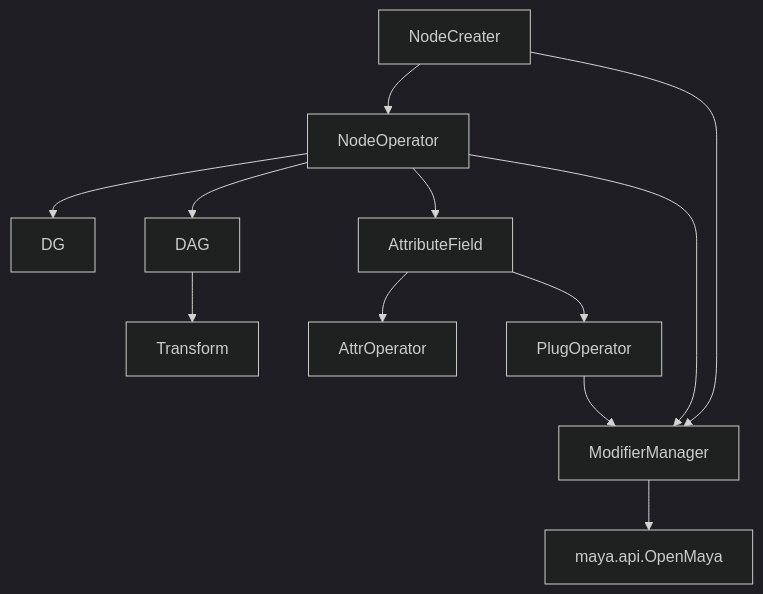
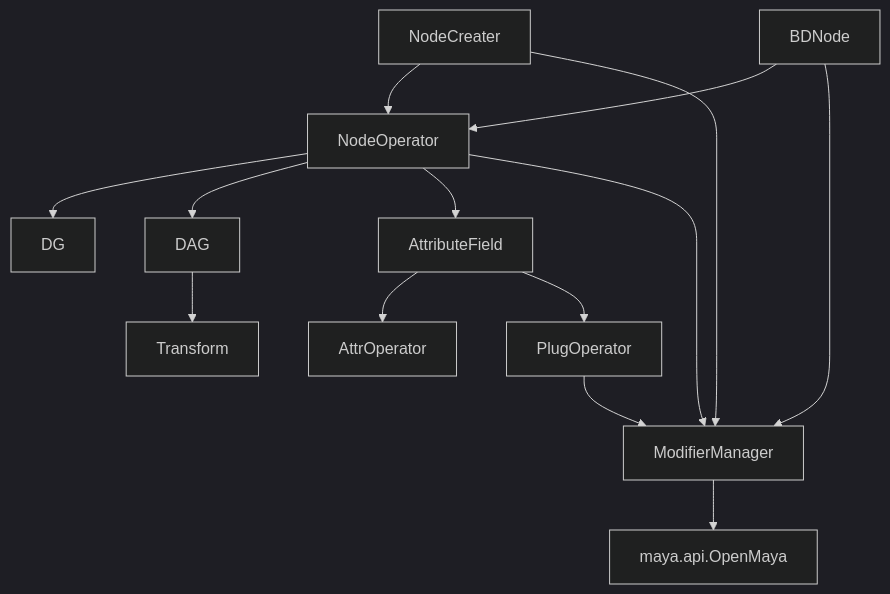
The diagram in docs/maya/node_operator/README.md (AkihiroMamiduka/bakedanuki-util), drawn with Mermaid (dark theme) before and after one commit. The commit also changed other lines of this file and 5 other files, not shown here.

Commit message:
feat: シーン上に既に存在するノードを該当するノードタイプのNodeOperator に変換する BDNode クラス（pymel の PyNode の役割）を追加

````diff
--- a/docs/maya/node_operator/README.md
+++ b/docs/maya/node_operator/README.md
@@ -42,25 +44,28 @@
 ```mermaid
 flowchart TD
     NodeOperator["NodeOperator"]
     DG["DG"]
     DAG["DAG"]
     Transform["Transform"]
     AttributeField["AttributeField"]
     AttrOperator["AttrOperator"]
     PlugOperator["PlugOperator"]
     ModifierManager["ModifierManager"]
     NodeCreater["NodeCreater"]
+    BDNode["BDNode"]
     OpenMaya["maya.api.OpenMaya"]
 
     NodeCreater --> NodeOperator
     NodeCreater --> ModifierManager
+    BDNode --> NodeOperator
+    BDNode --> ModifierManager
     NodeOperator --> DG
     NodeOperator --> DAG
     DAG --> Transform
     NodeOperator --> AttributeField
     AttributeField --> AttrOperator
     AttributeField --> PlugOperator
     PlugOperator --> ModifierManager
     NodeOperator --> ModifierManager
     ModifierManager --> OpenMaya
 ```
````
